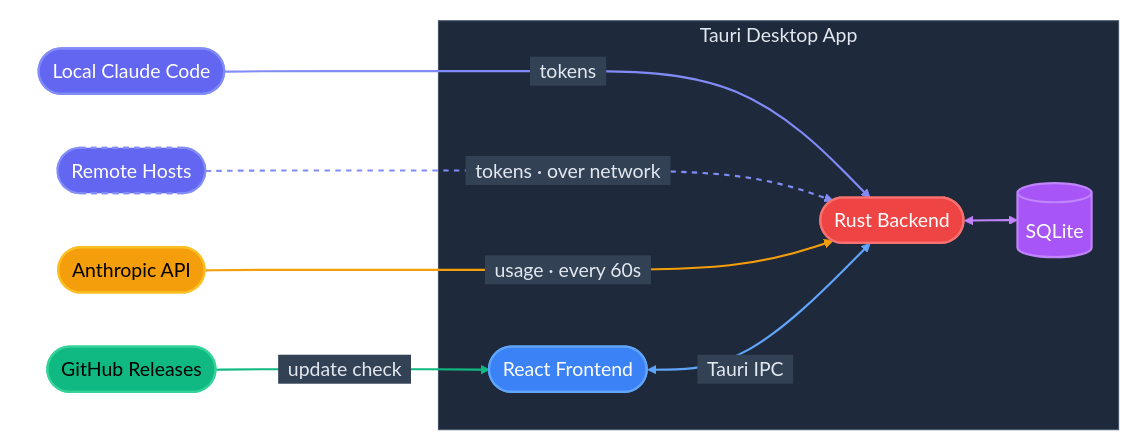
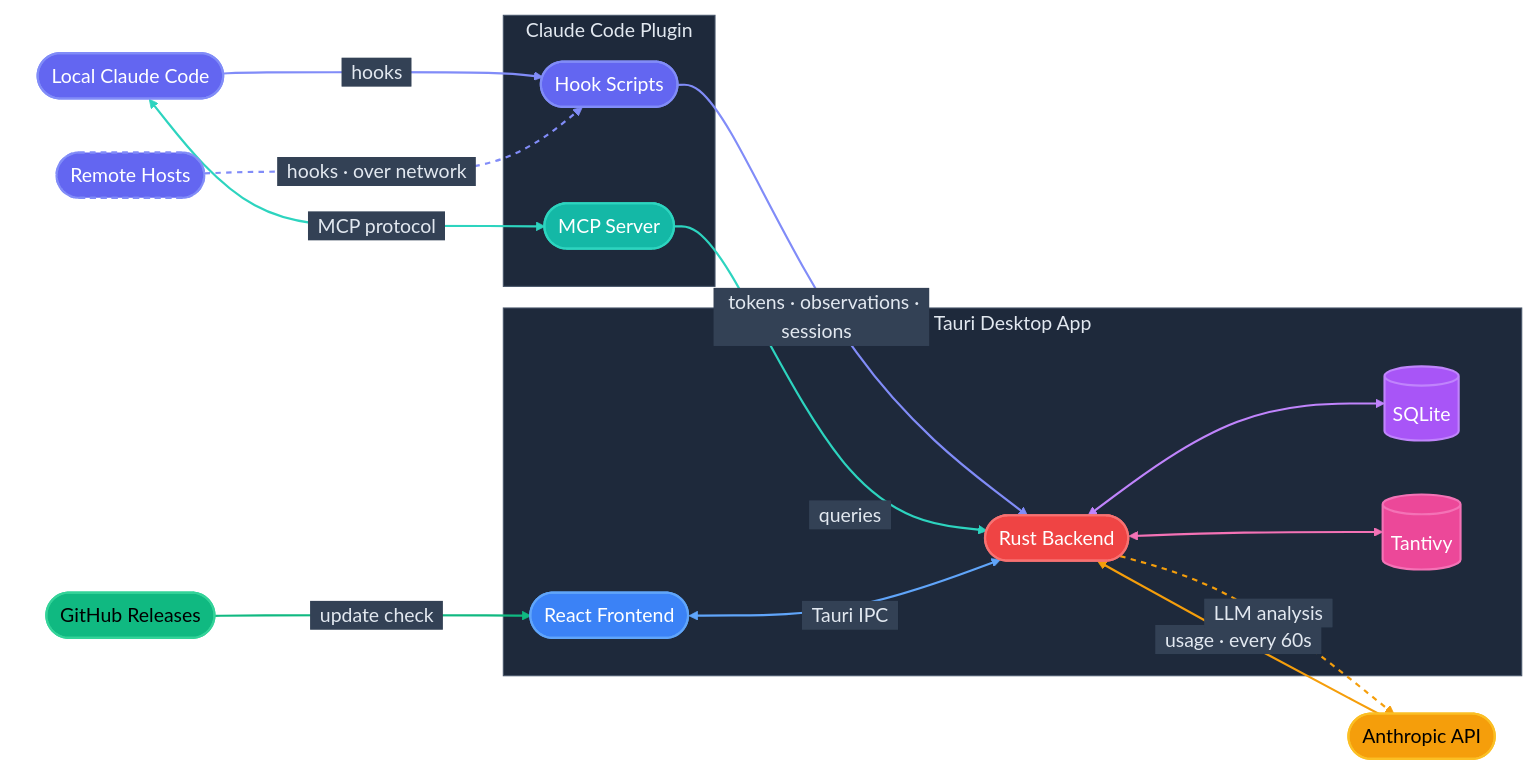
The diagram in README.md (sharaf-nassar/claude-usage), drawn with Mermaid before and after one commit. The commit also changed 41 other files, not shown here.

First line of the commit message:
feat: add Charts tab with 4 synchronized mini-charts

````diff
--- a/README.md
+++ b/README.md
@@ -91,47 +91,69 @@
 ```mermaid
 %%{init: {'theme': 'base', 'themeVariables': {
   'primaryColor': '#1e293b',
   'primaryTextColor': '#e2e8f0',
   'lineColor': '#94a3b8',
   'secondaryColor': '#334155',
   'tertiaryColor': '#0f172a',
   'fontFamily': 'ui-sans-serif, system-ui, sans-serif',
   'fontSize': '18px',
   'edgeLabelBackground': '#334155'
 }}}%%
 
 graph LR
     subgraph Sources [" "]
         Claude(["Local Claude Code"])
         Remote(["Remote Hosts"])
-        API(["Anthropic API"])
-        GH(["GitHub Releases"])
     end
 
-    Claude -- "&ensp;tokens&ensp;" --> Backend
-    Remote -. "&ensp;tokens · over network&ensp;" .-> Backend
+    subgraph PluginBox [" Claude Code Plugin "]
+        Hooks(["Hook Scripts"])
+        MCP(["MCP Server"])
+    end
+
+    Claude -- "&ensp;hooks&ensp;" --> Hooks
+    Remote -. "&ensp;hooks · over network&ensp;" .-> Hooks
+    Claude <-->|"&ensp;MCP protocol&ensp;"| MCP
+
+    Hooks -- "&ensp;tokens · observations · sessions&ensp;" --> Backend
+    MCP -- "&ensp;queries&ensp;" --> Backend
+
+    API(["Anthropic API"])
+    GH(["GitHub Releases"])
+
     API -- "&ensp;usage · every 60s&ensp;" --> Backend
+    Backend -. "&ensp;LLM analysis&ensp;" .-> API
     GH -- "&ensp;update check&ensp;" --> Frontend
 
     subgraph Widget [" Tauri Desktop App "]
         Frontend(["React Frontend"]) <-->|"&ensp;Tauri IPC&ensp;"| Backend(["Rust Backend"])
         Backend <--> SQLite[(SQLite)]
+        Backend <--> Tantivy[(Tantivy)]
     end
 
     style Claude fill:#6366f1,stroke:#818cf8,color:#fff,stroke-width:2px
     style Remote fill:#6366f1,stroke:#818cf8,color:#fff,stroke-width:2px,stroke-dasharray: 5 5
+    style Hooks fill:#6366f1,stroke:#818cf8,color:#fff,stroke-width:2px
+    style MCP fill:#14b8a6,stroke:#2dd4bf,color:#fff,stroke-width:2px
     style API fill:#f59e0b,stroke:#fbbf24,color:#000,stroke-width:2px
     style GH fill:#10b981,stroke:#34d399,color:#000,stroke-width:2px
     style Frontend fill:#3b82f6,stroke:#60a5fa,color:#fff,stroke-width:2px
     style Backend fill:#ef4444,stroke:#f87171,color:#fff,stroke-width:2px
     style SQLite fill:#a855f7,stroke:#c084fc,color:#fff,stroke-width:2px
+    style Tantivy fill:#ec4899,stroke:#f472b6,color:#fff,stroke-width:2px
     style Widget fill:#1e293b,stroke:#475569,color:#e2e8f0
+    style PluginBox fill:#1e293b,stroke:#475569,color:#e2e8f0
     style Sources fill:transparent,stroke:transparent
 
     linkStyle 0 stroke:#818cf8,stroke-width:2px
     linkStyle 1 stroke:#818cf8,stroke-width:2px,stroke-dasharray: 5 5
-    linkStyle 2 stroke:#f59e0b,stroke-width:2px
-    linkStyle 3 stroke:#10b981,stroke-width:2px
-    linkStyle 4 stroke:#60a5fa,stroke-width:2px
-    linkStyle 5 stroke:#c084fc,stroke-width:2px
+    linkStyle 2 stroke:#2dd4bf,stroke-width:2px
+    linkStyle 3 stroke:#818cf8,stroke-width:2px
+    linkStyle 4 stroke:#2dd4bf,stroke-width:2px
+    linkStyle 5 stroke:#f59e0b,stroke-width:2px
+    linkStyle 6 stroke:#f59e0b,stroke-width:2px,stroke-dasharray: 5 5
+    linkStyle 7 stroke:#10b981,stroke-width:2px
+    linkStyle 8 stroke:#60a5fa,stroke-width:2px
+    linkStyle 9 stroke:#c084fc,stroke-width:2px
+    linkStyle 10 stroke:#f472b6,stroke-width:2px
 ```
````
